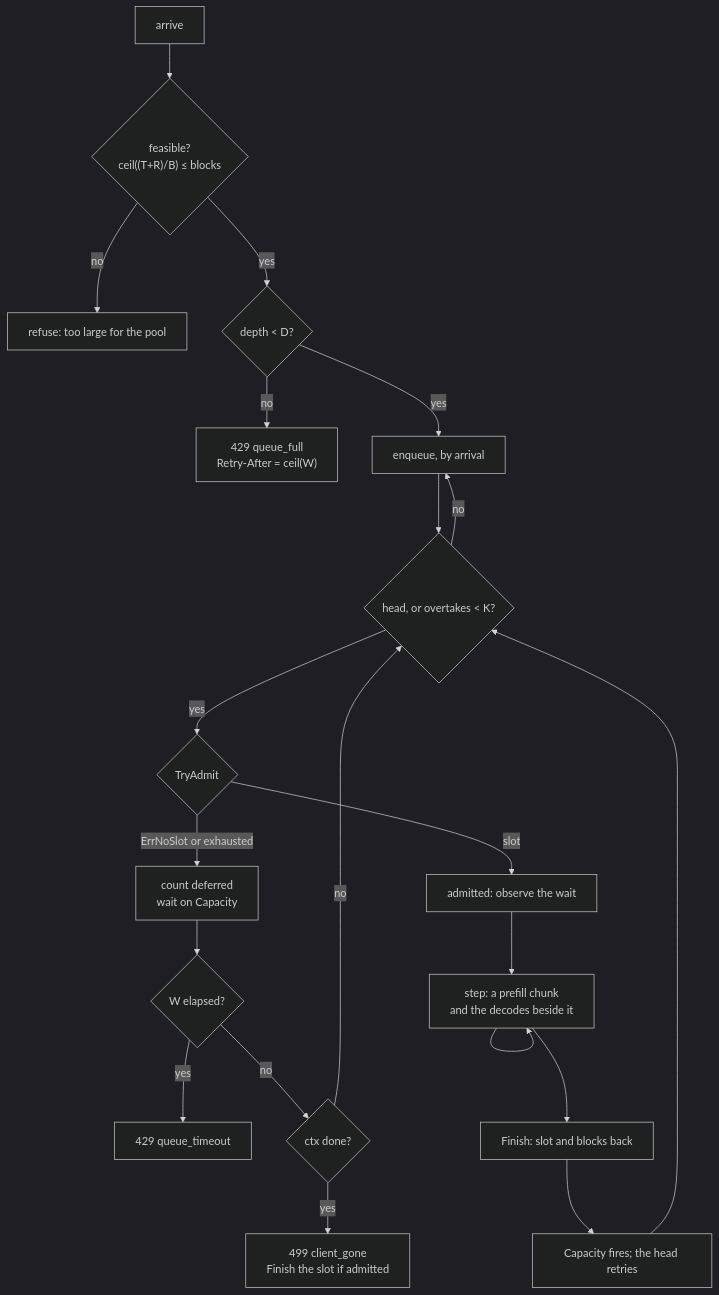
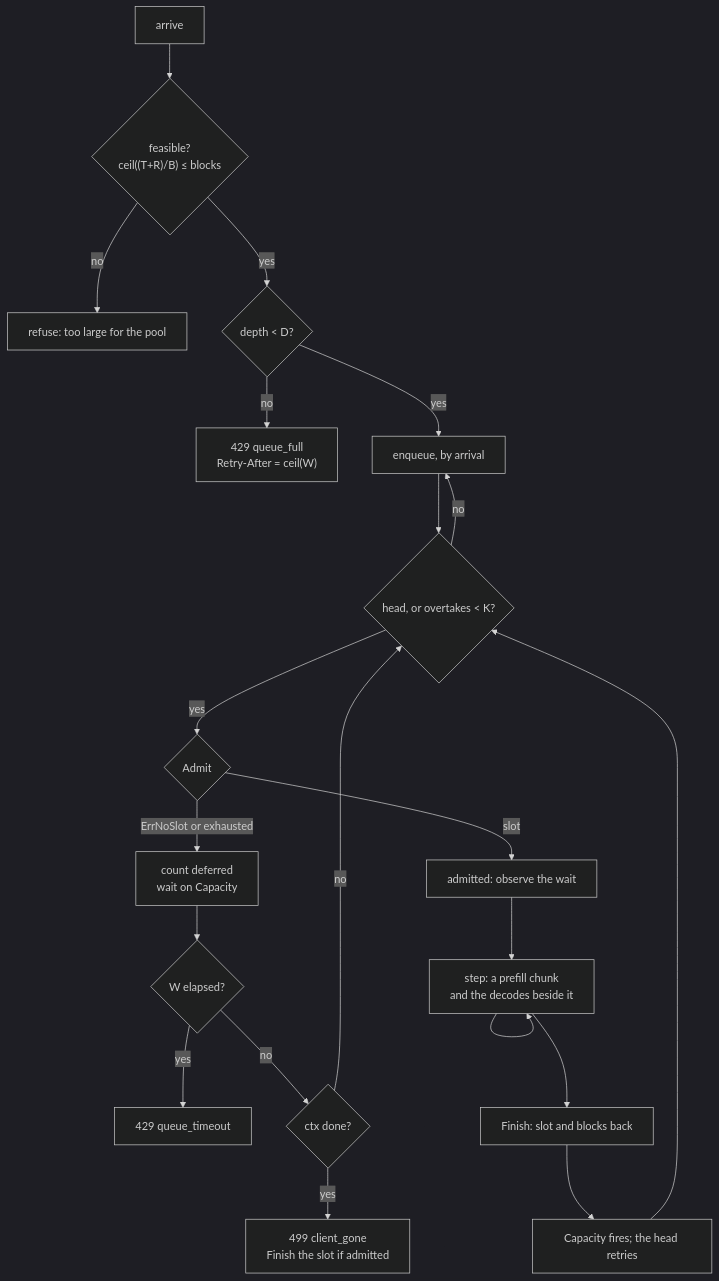
The diagram in specs/021-admission-queue.md (latere-ai/tgo), drawn with Mermaid (dark theme) before and after one commit. The commit also changed other lines of this file, not shown here.

Commit message:
specs: 021 keeps Scheduler.Admit's name, names all three refusal exits

````diff
--- a/specs/021-admission-queue.md
+++ b/specs/021-admission-queue.md
@@ -309,23 +312,23 @@
 ```mermaid
 flowchart TD
   A["arrive"] --> F{"feasible?<br/>ceil((T+R)/B) ≤ blocks"}
   F -- no --> R1["refuse: too large for the pool"]
   F -- yes --> D{"depth < D?"}
   D -- no --> R2["429 queue_full<br/>Retry-After = ceil(W)"]
   D -- yes --> Q["enqueue, by arrival"]
   Q --> H{"head, or overtakes < K?"}
   H -- no --> Q
-  H -- yes --> T{"TryAdmit"}
+  H -- yes --> T{"Admit"}
   T -- "ErrNoSlot or exhausted" --> DEF["count deferred<br/>wait on Capacity"]
   DEF --> W{"W elapsed?"}
   W -- yes --> R3["429 queue_timeout"]
   W -- no --> CX{"ctx done?"}
   CX -- yes --> R4["499 client_gone<br/>Finish the slot if admitted"]
   CX -- no --> H
   T -- "slot" --> AD["admitted: observe the wait"]
   AD --> S["step: a prefill chunk<br/>and the decodes beside it"]
   S --> S
   S --> REL["Finish: slot and blocks back"]
   REL --> C["Capacity fires; the head retries"]
   C --> H
 ```
````
